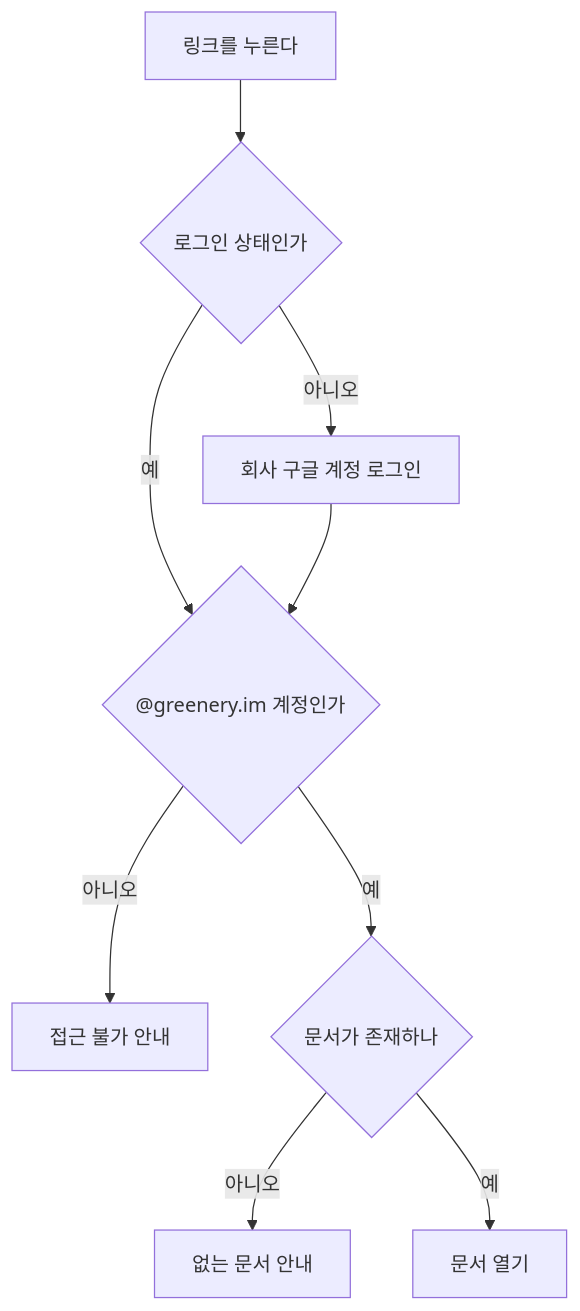
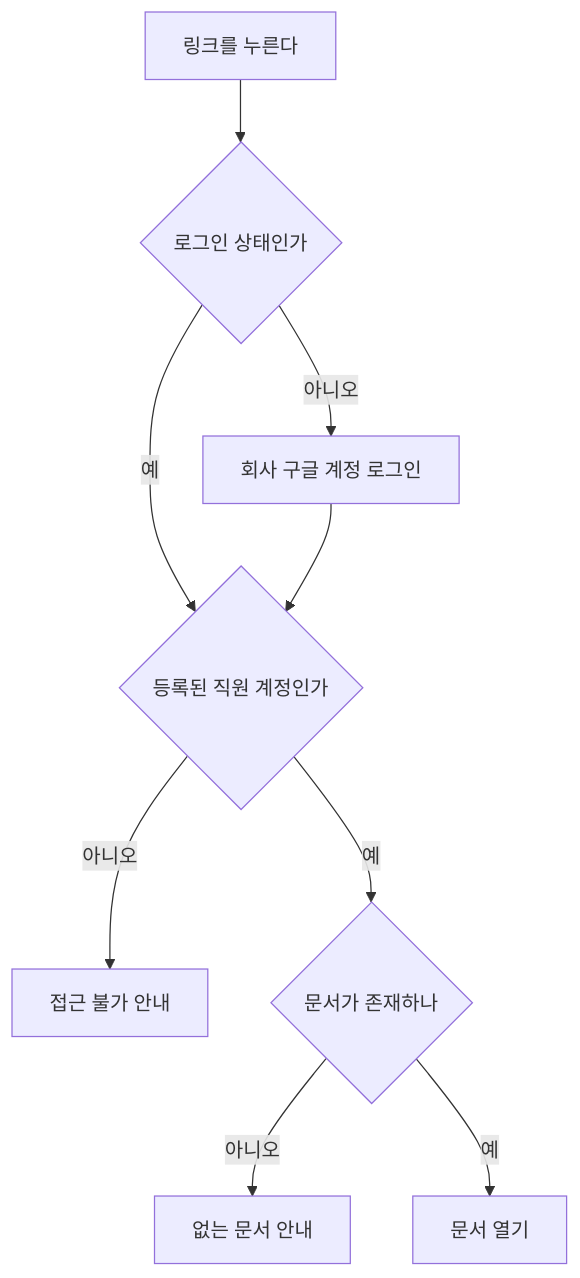
Before and after one commit to dmstjd1024/html-hub: the second of 3 diagrams in docs/02-해법설계/01-유저-플로우.md, drawn with Mermaid. The commit also changed 1 other file, not shown here.

Commit message:
docs: 정책서에 되돌리기·S3 저장·사전 등록 계정 결정 반영

````diff
--- a/docs/02-해법설계/01-유저-플로우.md
+++ b/docs/02-해법설계/01-유저-플로우.md
@@ -41,11 +41,11 @@
 ```mermaid
 flowchart TD
     A["링크를 누른다"] --> B{"로그인 상태인가"}
-    B -->|"예"| E{"@greenery.im 계정인가"}
+    B -->|"예"| E{"등록된 직원 계정인가"}
     B -->|"아니오"| C["회사 구글 계정 로그인"]
     C --> E
     E -->|"아니오"| F["접근 불가 안내"]
     E -->|"예"| G{"문서가 존재하나"}
     G -->|"아니오"| H["없는 문서 안내"]
     G -->|"예"| I["문서 열기"]
 ```
````
